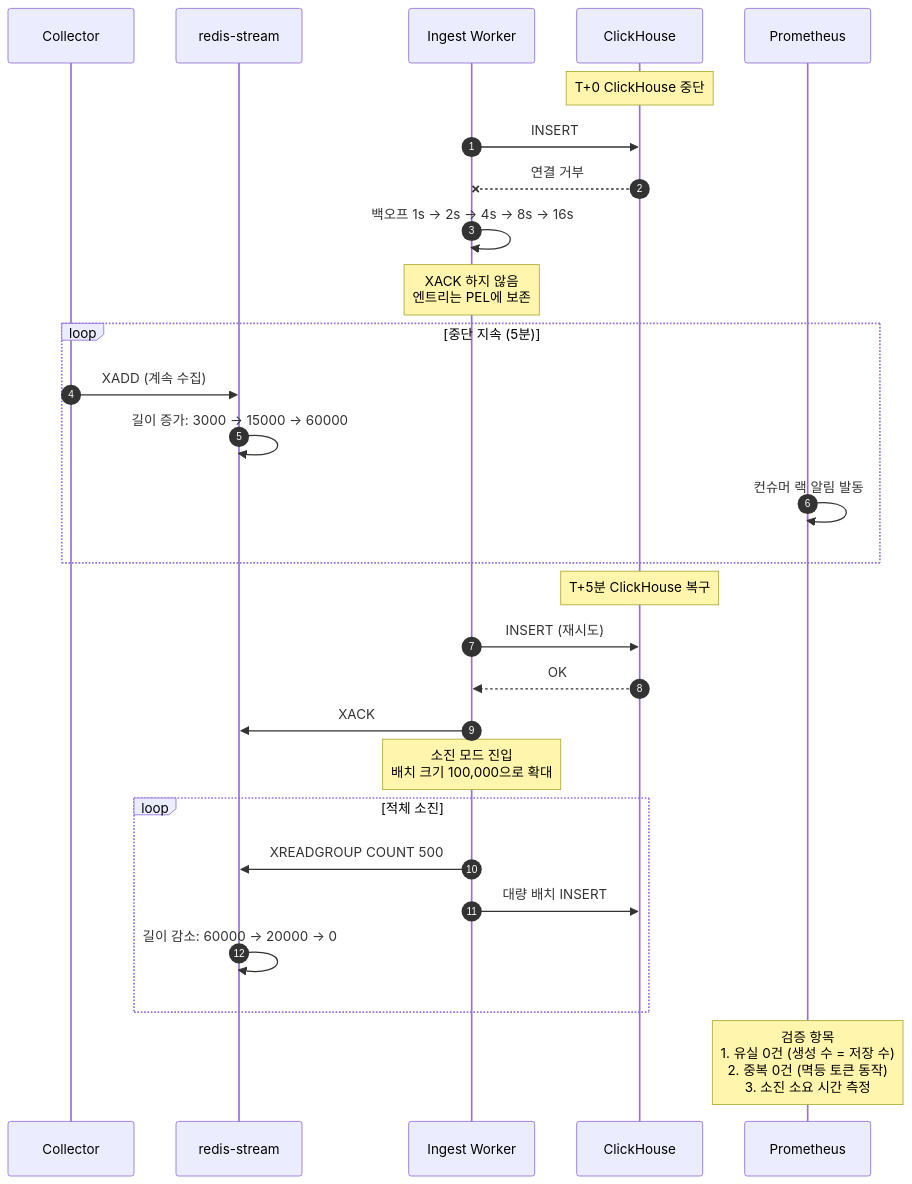
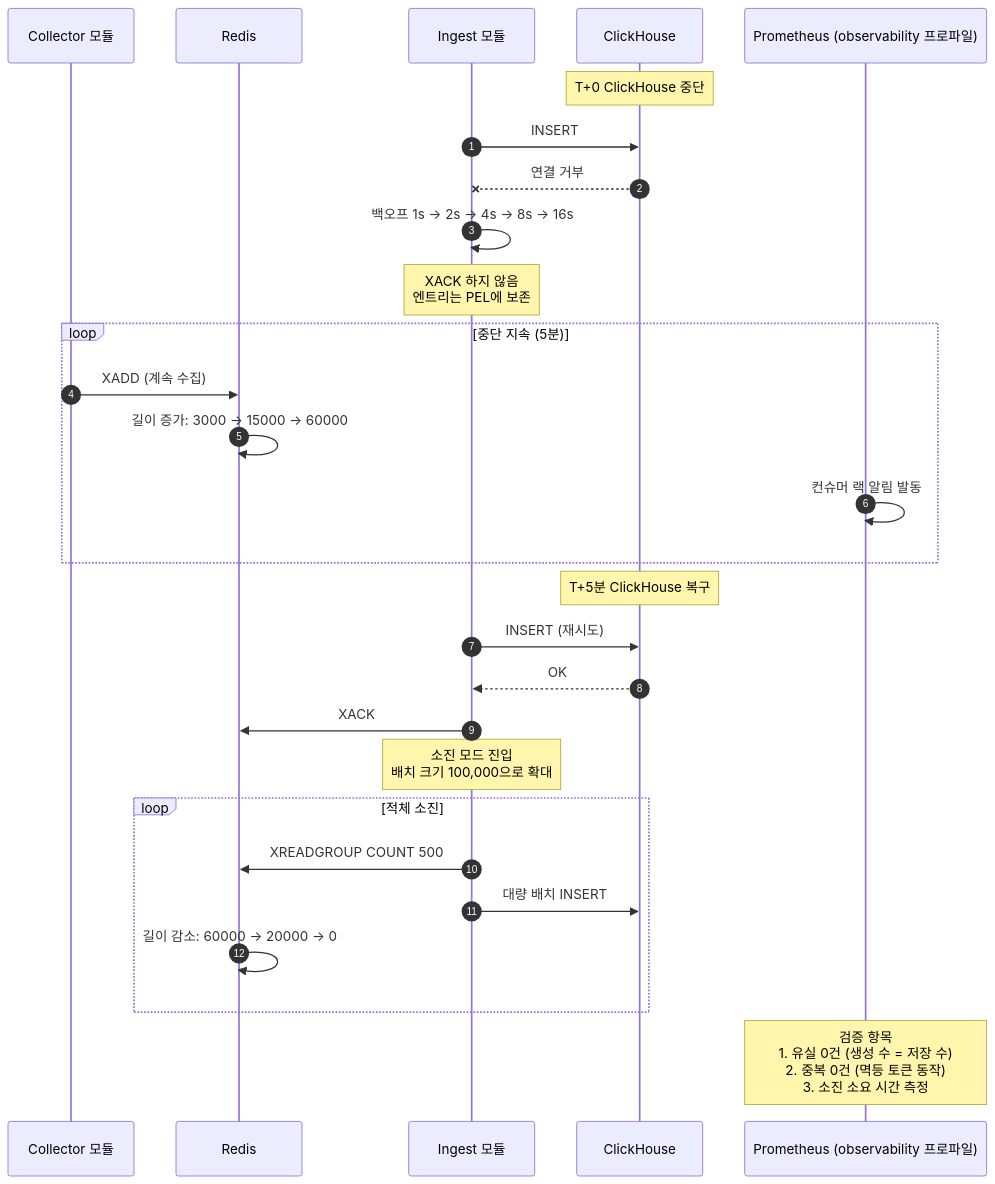
Diagram 17 of 19 in data_flow.md (jaepil02/db_study), drawn with Mermaid before and after one commit. The commit also changed other lines of this file and 3 other files, not shown here.

````diff
--- a/data_flow.md
+++ b/data_flow.md
@@ -844,35 +893,35 @@
 ```mermaid
 sequenceDiagram
     autonumber
-    participant CL as Collector
-    participant SR as redis-stream
-    participant IW as Ingest Worker
+    participant CL as Collector 모듈
+    participant R as Redis
+    participant IW as Ingest 모듈
     participant CH as ClickHouse
-    participant MON as Prometheus
+    participant MON as Prometheus (observability 프로파일)
 
     Note over CH: T+0 ClickHouse 중단
     IW->>CH: INSERT
     CH--xIW: 연결 거부
     IW->>IW: 백오프 1s → 2s → 4s → 8s → 16s
     Note over IW: XACK 하지 않음<br/>엔트리는 PEL에 보존
 
     loop 중단 지속 (5분)
-        CL->>SR: XADD (계속 수집)
-        SR->>SR: 길이 증가: 3000 → 15000 → 60000
+        CL->>R: XADD (계속 수집)
+        R->>R: 길이 증가: 3000 → 15000 → 60000
         MON->>MON: 컨슈머 랙 알림 발동
     end
 
     Note over CH: T+5분 ClickHouse 복구
     IW->>CH: INSERT (재시도)
     CH-->>IW: OK
-    IW->>SR: XACK
+    IW->>R: XACK
     Note over IW: 소진 모드 진입<br/>배치 크기 100,000으로 확대
 
     loop 적체 소진
-        IW->>SR: XREADGROUP COUNT 500
+        IW->>R: XREADGROUP COUNT 500
         IW->>CH: 대량 배치 INSERT
-        SR->>SR: 길이 감소: 60000 → 20000 → 0
+        R->>R: 길이 감소: 60000 → 20000 → 0
     end
 
     Note over MON: 검증 항목<br/>1. 유실 0건 (생성 수 = 저장 수)<br/>2. 중복 0건 (멱등 토큰 동작)<br/>3. 소진 소요 시간 측정
 ```
````
